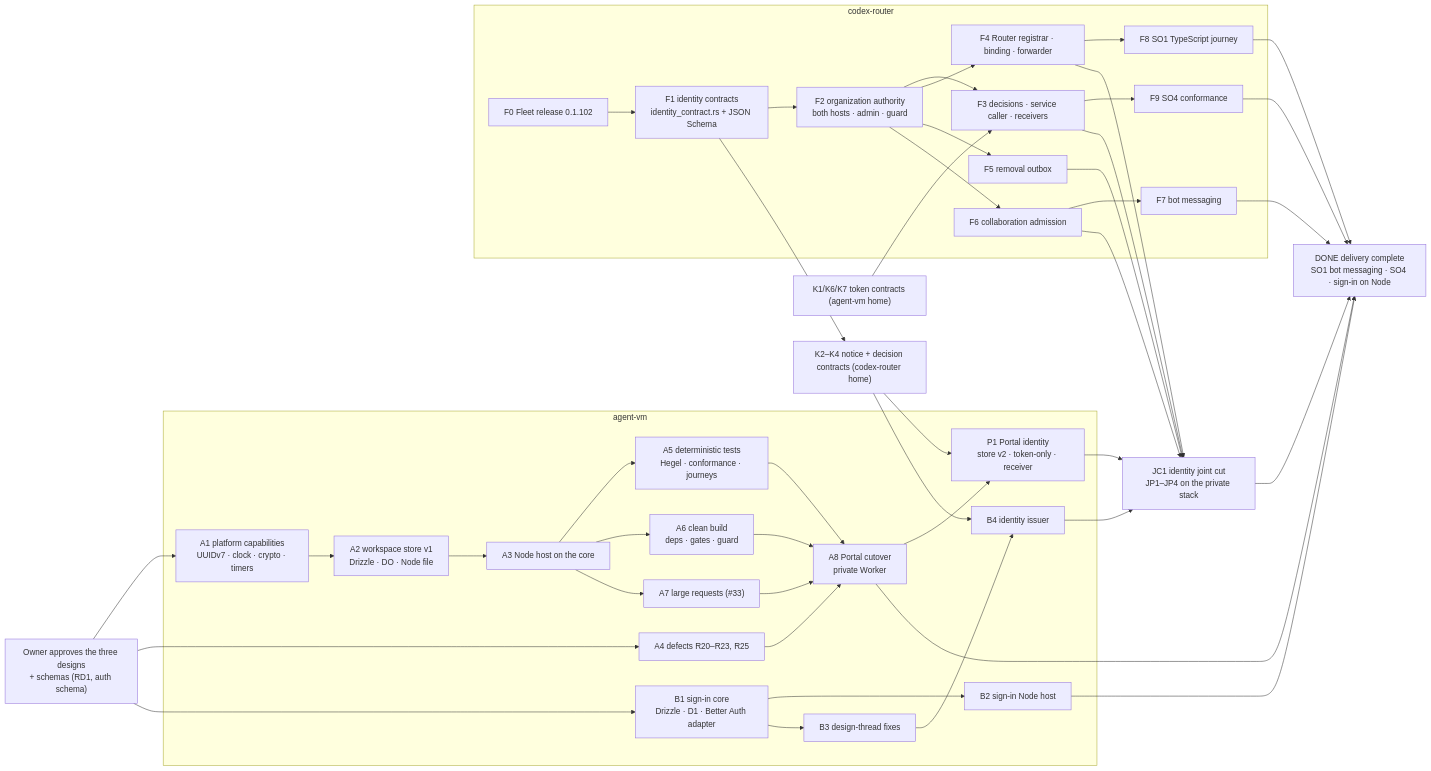
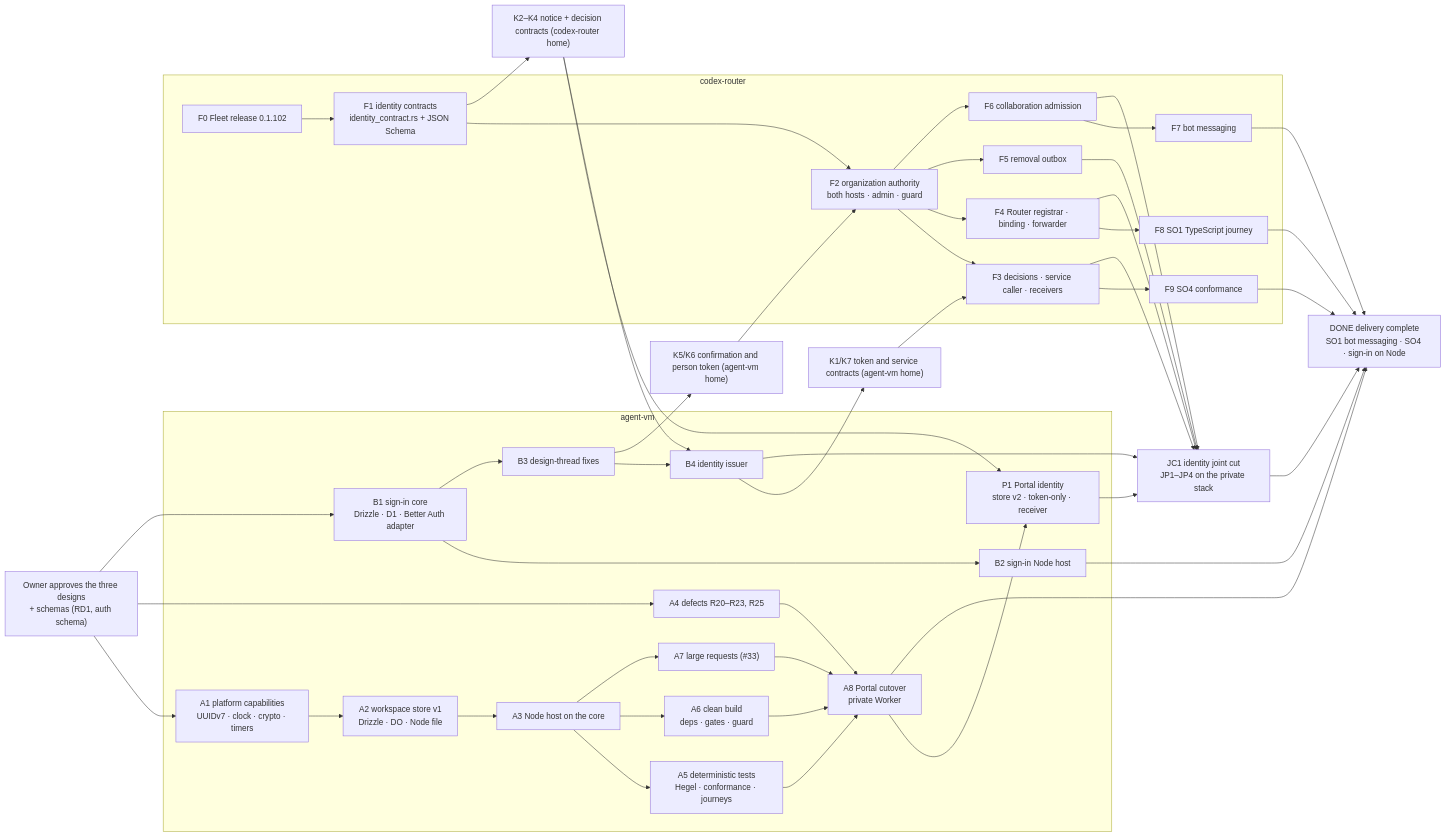
One commit to ShravanSunder/agent-vm changed the diagram in docs/specs/2026-10-24-delivery-orchestration/program-design.md. Above: the diagram before and after it, drawn with Mermaid. The commit also changed other lines of this file and 19 other files, not shown here.

````diff
--- a/docs/specs/2026-10-24-delivery-orchestration/program-design.md
+++ b/docs/specs/2026-10-24-delivery-orchestration/program-design.md
@@ -7,50 +7,53 @@
 ```mermaid
 flowchart LR
   APPROVE["Owner approves the three designs<br/>+ schemas (RD1, auth schema)"]
   subgraph AV["agent-vm"]
     A1["A1 platform capabilities<br/>UUIDv7 · clock · crypto · timers"] --> A2["A2 workspace store v1<br/>Drizzle · DO · Node file"]
     A2 --> A3["A3 Node host on the core"]
     A4["A4 defects R20–R23, R25"]
     A4 --> A8
     A3 --> A5["A5 deterministic tests<br/>Hegel · conformance · journeys"]
     A3 --> A6["A6 clean build<br/>deps · gates · guard"]
     A3 --> A7["A7 large requests (#33)"]
     A5 --> A8["A8 Portal cutover<br/>private Worker"]
     A6 --> A8
     A7 --> A8
     B1["B1 sign-in core<br/>Drizzle · D1 · Better Auth adapter"] --> B2["B2 sign-in Node host"]
     B1 --> B3["B3 design-thread fixes"]
     B3 --> B4["B4 identity issuer"]
     A8 --> P1["P1 Portal identity<br/>store v2 · token-only · receiver"]
   end
   subgraph CR["codex-router"]
     F0["F0 Fleet release 0.1.102"] --> F1["F1 identity contracts<br/>identity_contract.rs + JSON Schema"]
     F1 --> F2["F2 organization authority<br/>both hosts · admin · guard"]
     F2 --> F3["F3 decisions · service caller · receivers"]
     F2 --> F4["F4 Router registrar · binding · forwarder"]
     F2 --> F5["F5 removal outbox"]
     F2 --> F6["F6 collaboration admission"]
     F6 --> F7["F7 bot messaging"]
     F4 --> F8["F8 SO1 TypeScript journey"]
     F3 --> F9["F9 SO4 conformance"]
   end
   APPROVE --> A1
   APPROVE --> A4
   APPROVE --> B1
-  K1["K1/K6/K7 token contracts (agent-vm home)"] --> F3
+  B4 --> K1["K1/K7 token and service contracts (agent-vm home)"]
+  K1 --> F3
+  B3 --> K5["K5/K6 confirmation and person token (agent-vm home)"]
+  K5 --> F2
   F1 --> K2["K2–K4 notice + decision contracts (codex-router home)"]
   K2 --> P1
   K2 --> B4
   B4 --> JC1["JC1 identity joint cut<br/>JP1–JP4 on the private stack"]
   P1 --> JC1
   F3 --> JC1
   F4 --> JC1
   F5 --> JC1
   F6 --> JC1
   JC1 --> DONE["DONE delivery complete<br/>SO1 bot messaging · SO4 · sign-in on Node"]
   A8 --> DONE
   B2 --> DONE
   F7 --> DONE
   F8 --> DONE
   F9 --> DONE
 ```
````
